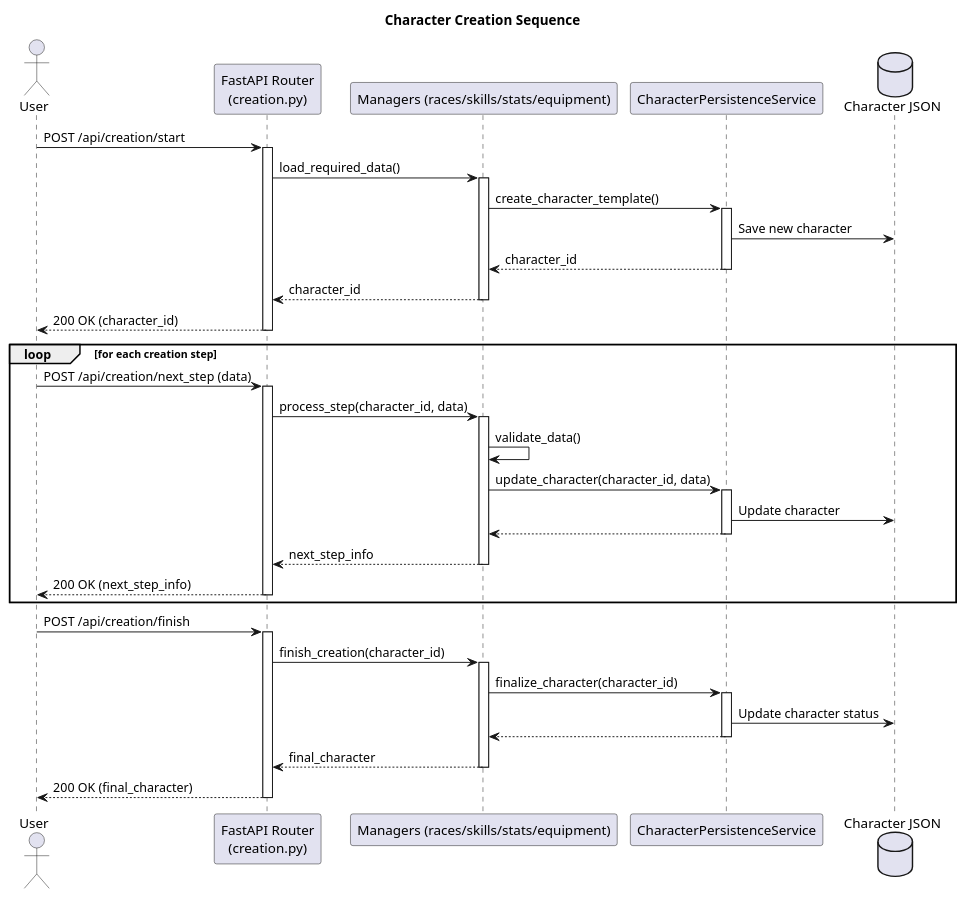
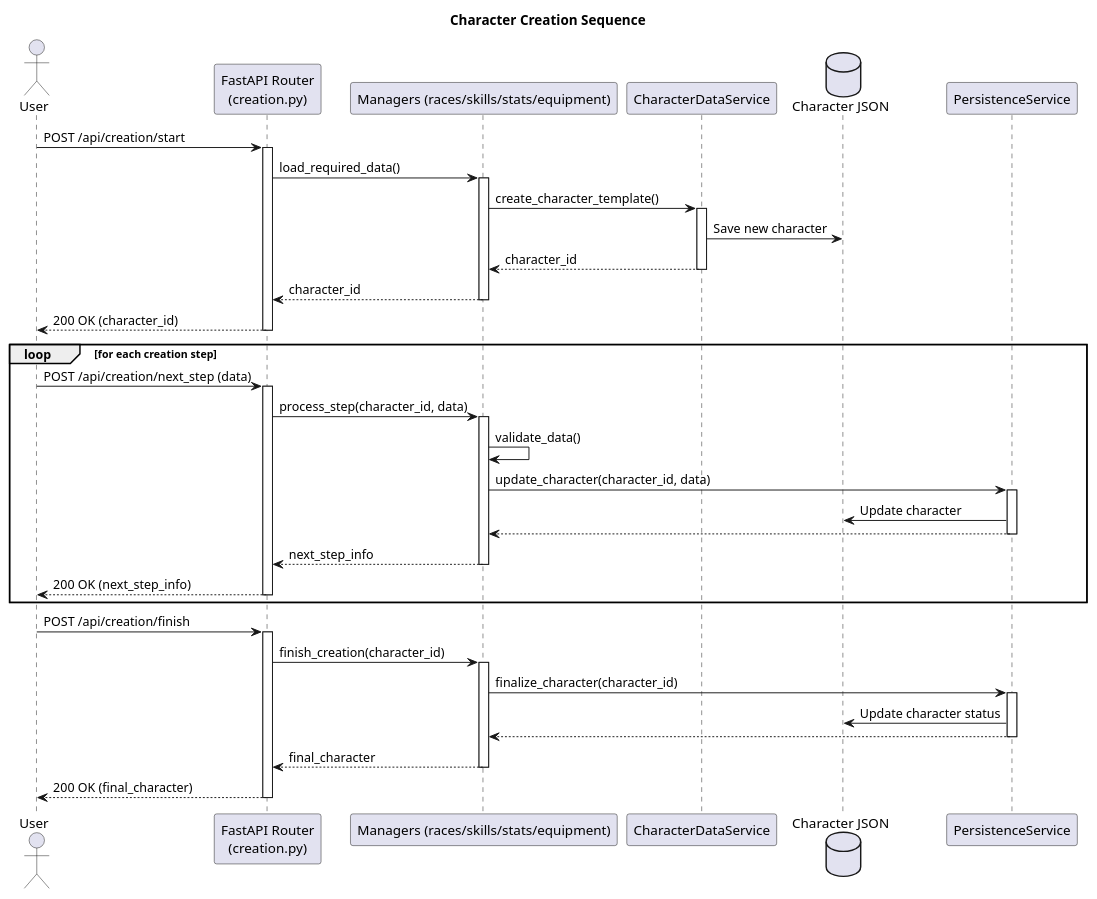
The diagram in docs/uml/sequence_character_creation.puml (cyberbobjr/jdr), drawn with PlantUML before and after one commit. The commit also changed 54 other files, not shown here.

First line of the commit message:
refactor(api): consolidate character persistence layer

```diff
--- a/docs/uml/sequence_character_creation.puml
+++ b/docs/uml/sequence_character_creation.puml
@@ -1,55 +1,55 @@
 @startuml
 title Character Creation Sequence
 
 actor User
 participant "FastAPI Router\n(creation.py)" as Router
 participant "Managers (races/skills/stats/equipment)" as Managers
-participant "CharacterPersistenceService" as PersistenceService
+participant "CharacterDataService" as DataService
 database "Character JSON" as CharacterDB
 
 User -> Router: POST /api/creation/start
 activate Router
 Router -> Managers: load_required_data()
 activate Managers
-Managers -> PersistenceService: create_character_template()
-activate PersistenceService
-PersistenceService -> CharacterDB: Save new character
-PersistenceService --> Managers: character_id
-deactivate PersistenceService
+Managers -> DataService: create_character_template()
+activate DataService
+DataService -> CharacterDB: Save new character
+DataService --> Managers: character_id
+deactivate DataService
 Managers --> Router: character_id
 deactivate Managers
 Router --> User: 200 OK (character_id)
 deactivate Router
 
 loop for each creation step
     User -> Router: POST /api/creation/next_step (data)
     activate Router
     Router -> Managers: process_step(character_id, data)
     activate Managers
     Managers -> Managers: validate_data()
     Managers -> PersistenceService: update_character(character_id, data)
     activate PersistenceService
     PersistenceService -> CharacterDB: Update character
     PersistenceService --> Managers:
     deactivate PersistenceService
     Managers --> Router: next_step_info
     deactivate Managers
     Router --> User: 200 OK (next_step_info)
     deactivate Router
 end
 
 User -> Router: POST /api/creation/finish
 activate Router
 Router -> Managers: finish_creation(character_id)
 activate Managers
 Managers -> PersistenceService: finalize_character(character_id)
 activate PersistenceService
 PersistenceService -> CharacterDB: Update character status
 PersistenceService --> Managers:
 deactivate PersistenceService
 Managers --> Router: final_character
 deactivate Managers
 Router --> User: 200 OK (final_character)
 deactivate Router
 
 @enduml
```
